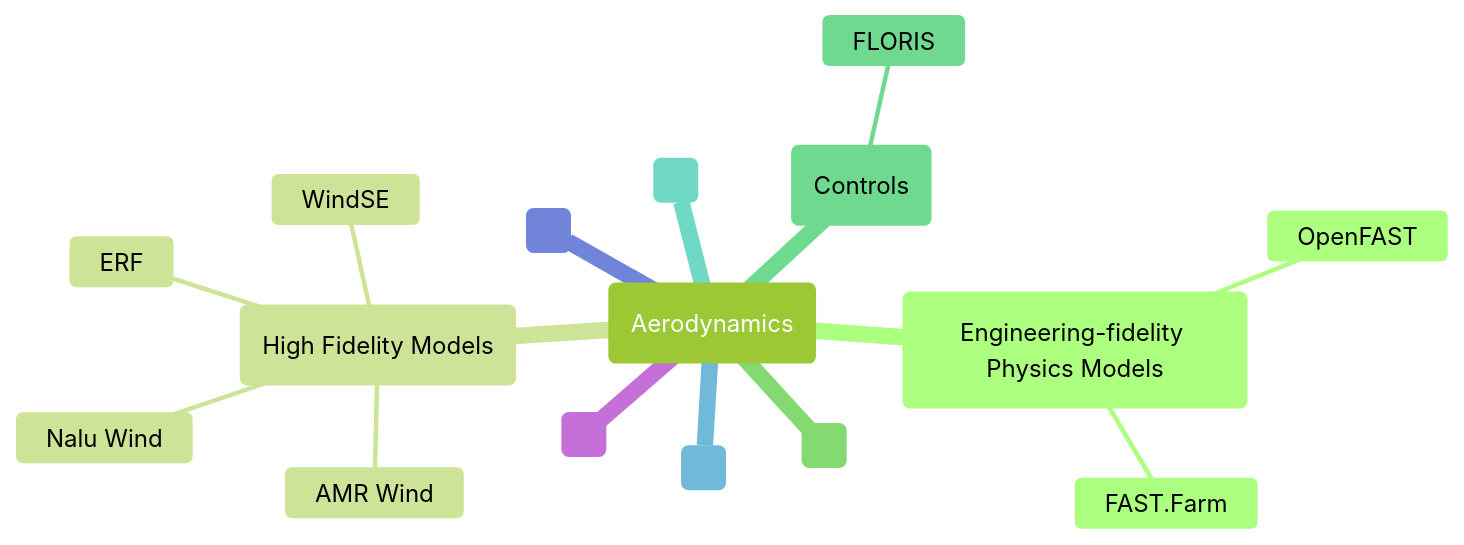
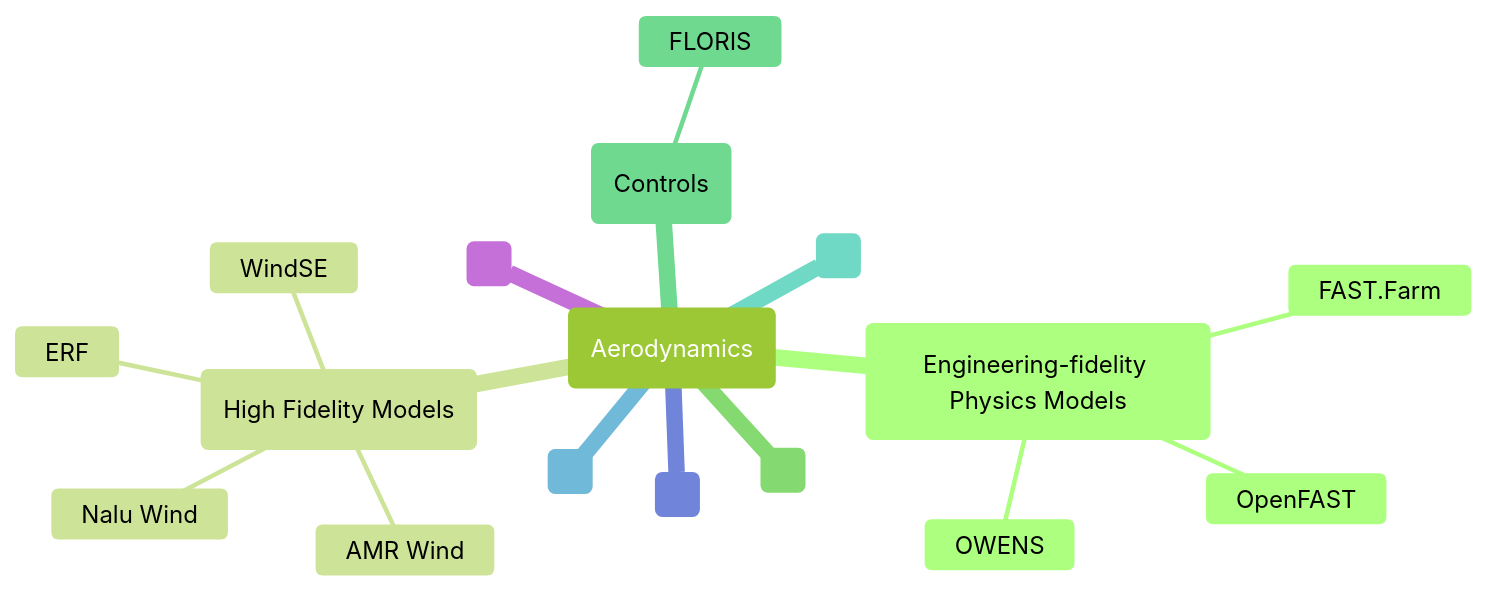
Before and after one commit to rafmudaf/WETOStack: the first of 2 diagrams in _sources/capabilities/aero.md, drawn with Mermaid. The commit also changed other lines of this file and 28 other files, not shown here.

````diff
--- a/_sources/capabilities/aero.md
+++ b/_sources/capabilities/aero.md
@@ -21,25 +21,26 @@
 ```{mermaid}
 %%{init: { 'logLevel': 'debug', 'theme': 'forest' } }%%
 
 mindmap
     root("Aerodynamics")
         ps(Engineering-fidelity Physics Models)
             OpenFAST
             FAST.Farm
+            OWENS
 
         hfm(High Fidelity Models)
             AMR Wind
             Nalu Wind
             ERF
             WindSE
 
         do(" ")
 
         ctrl(Controls)
             FLORIS
 
         ra(" ")
         cost(" ")
         wild(" ")
         om(" ")
 ```
````
